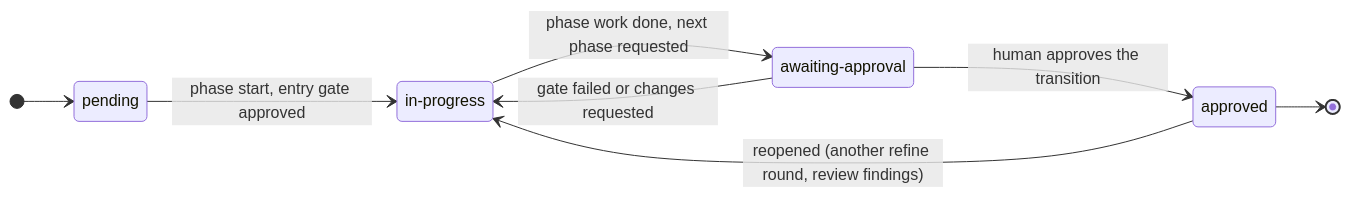
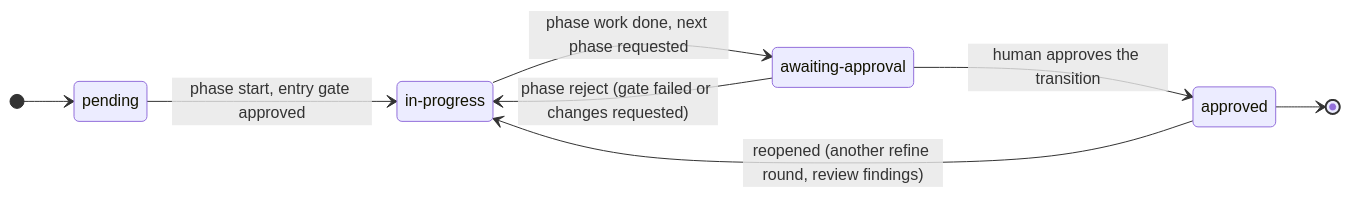
Before and after one commit to CreativeCodersTeam/shade-kit: the third of 4 diagrams in research/shade-kit-concept.md, drawn with Mermaid. The commit also changed other lines of this file and 170 other files, not shown here.

````diff
--- a/research/shade-kit-concept.md
+++ b/research/shade-kit-concept.md
@@ -388,14 +450,14 @@
 ```mermaid
 stateDiagram-v2
     direction LR
     [*] --> pending
     pending --> in_progress: phase start, entry gate approved
     in_progress --> awaiting_approval: phase work done, next phase requested
-    awaiting_approval --> in_progress: gate failed or changes requested
+    awaiting_approval --> in_progress: phase reject (gate failed or changes requested)
     awaiting_approval --> approved: human approves the transition
     approved --> in_progress: reopened (another refine round, review findings)
     approved --> [*]
 
     in_progress: in-progress
     awaiting_approval: awaiting-approval
 ```
````
